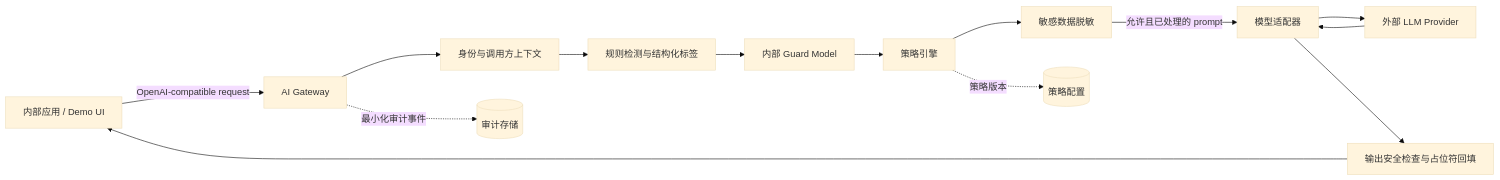
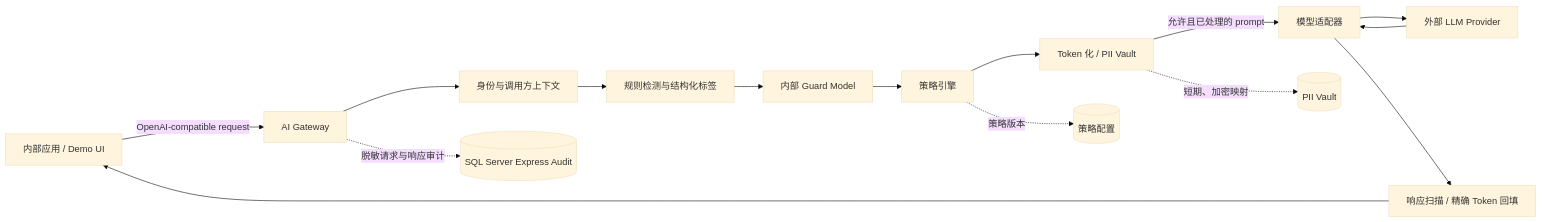
The diagram in docs/ai-gateway-mvp-design.md (charchar114514/ai-bridge), drawn with Mermaid (base theme) before and after one commit. The commit also changed other lines of this file, not shown here.

````diff
--- a/docs/ai-gateway-mvp-design.md
+++ b/docs/ai-gateway-mvp-design.md
@@ -110,16 +110,17 @@
 ```mermaid
 flowchart LR
     A[内部应用 / Demo UI] -->|OpenAI-compatible request| B[AI Gateway]
     B --> C[身份与调用方上下文]
     C --> D[规则检测与结构化标签]
     D --> E[内部 Guard Model]
     E --> F[策略引擎]
-    F --> G[敏感数据脱敏]
+    F --> G[Token 化 / PII Vault]
     G -->|允许且已处理的 prompt| H[模型适配器]
     H --> I[外部 LLM Provider]
     I --> H
-    H --> J[输出安全检查与占位符回填]
+    H --> J[响应扫描 / 精确 Token 回填]
     J --> A
-    B -.最小化审计事件.-> K[(审计存储)]
+    B -.脱敏请求与响应审计.-> K[(SQL Server Express Audit)]
+    G -.短期、加密映射.-> M[(PII Vault)]
     F -.策略版本.-> L[(策略配置)]
 ```
````
